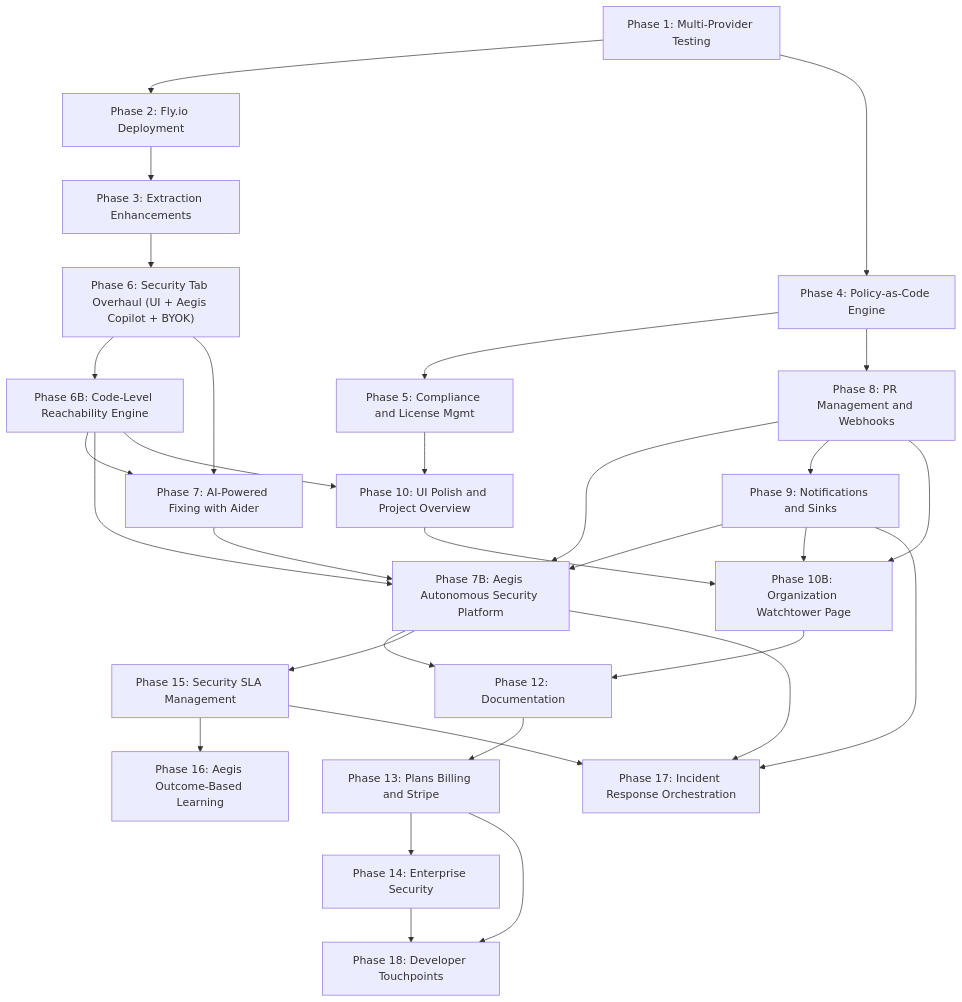
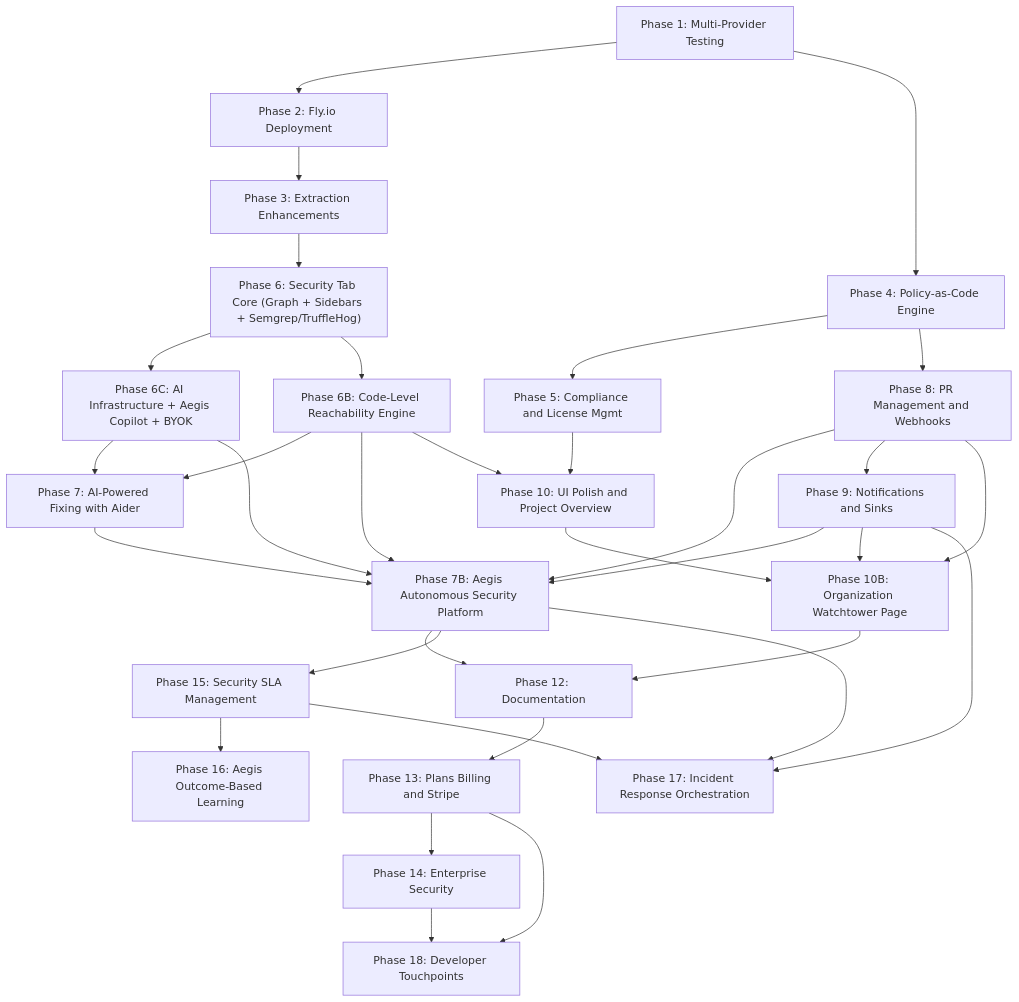
Before and after one commit to deptex/deptex: the diagram in .cursor/plans/deptex_projects_roadmap_index.plan.md, drawn with Mermaid. The commit also changed other lines of this file and 28 other files, not shown here.

````diff
--- a/.cursor/plans/deptex_projects_roadmap_index.plan.md
+++ b/.cursor/plans/deptex_projects_roadmap_index.plan.md
@@ -75,33 +78,35 @@
 ```mermaid
 graph TD
     P1[Phase 1: Multi-Provider Testing] --> P2[Phase 2: Fly.io Deployment]
     P2 --> P3[Phase 3: Extraction Enhancements]
     P1 --> P4[Phase 4: Policy-as-Code Engine]
     P4 --> P5[Phase 5: Compliance and License Mgmt]
     P4 --> P8[Phase 8: PR Management and Webhooks]
-    P3 --> P6["Phase 6: Security Tab Overhaul (UI + Aegis Copilot + BYOK)"]
+    P3 --> P6["Phase 6: Security Tab Core (Graph + Sidebars + Semgrep/TruffleHog)"]
+    P6 --> P6C["Phase 6C: AI Infrastructure + Aegis Copilot + BYOK"]
     P6 --> P6B["Phase 6B: Code-Level Reachability Engine"]
-    P6B --> P7[Phase 7: AI-Powered Fixing with Aider]
-    P6 --> P7
+    P6C --> P7[Phase 7: AI-Powered Fixing with Aider]
+    P6B --> P7
     P7 --> P7B["Phase 7B: Aegis Autonomous Security Platform"]
     P6B --> P7B
+    P6C --> P7B
     P8 --> P7B
     P9 --> P7B
     P8 --> P9[Phase 9: Notifications and Sinks]
     P5 --> P10[Phase 10: UI Polish and Project Overview]
     P6B --> P10
     P10 --> P10B["Phase 10B: Organization Watchtower Page"]
     P8 --> P10B
     P9 --> P10B
     P7B --> P12[Phase 12: Documentation]
     P10B --> P12
     P12 --> P13[Phase 13: Plans Billing and Stripe]
     P13 --> P14[Phase 14: Enterprise Security]
     P7B --> P15[Phase 15: Security SLA Management]
     P15 --> P16[Phase 16: Aegis Outcome-Based Learning]
     P7B --> P17[Phase 17: Incident Response Orchestration]
     P9 --> P17
     P15 --> P17
     P14 --> P18[Phase 18: Developer Touchpoints]
     P13 --> P18
 ```
````
